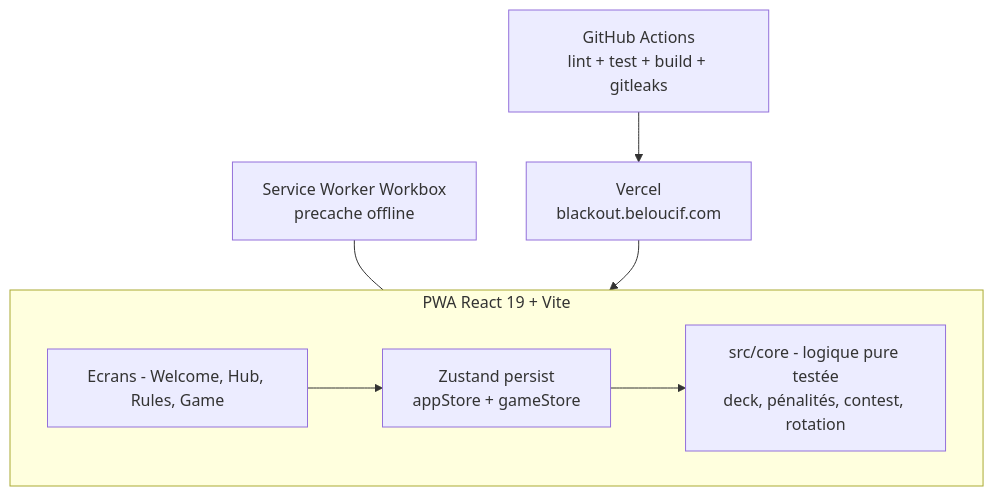
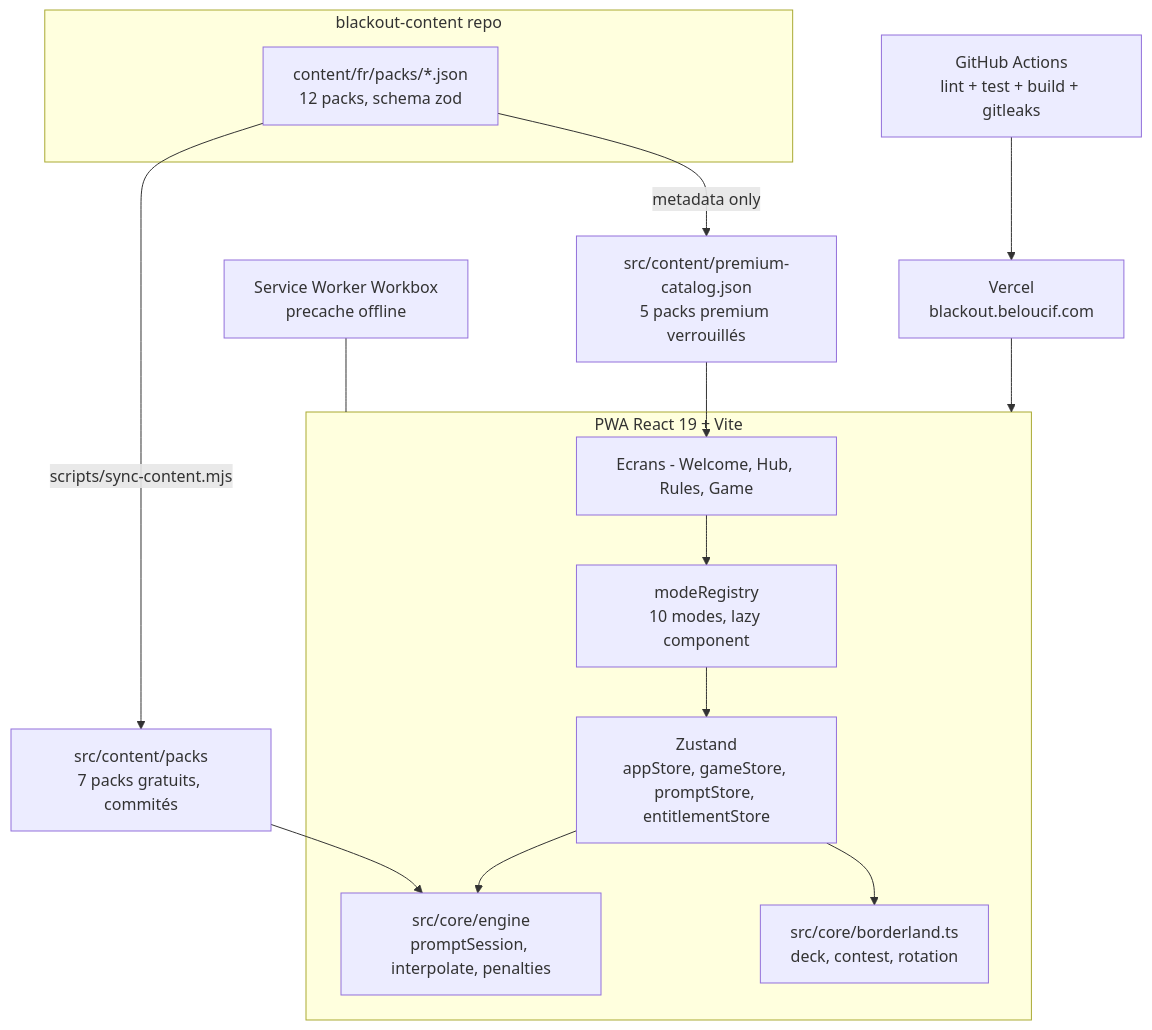
Before and after one commit to Adam-Blf/bacchana: the diagram in README.md, drawn with Mermaid. The commit also changed other lines of this file and 39 other files, not shown here.

First line of the commit message:
feat: multi-mode game engine + 9 new playable modes (#9)

````diff
--- a/README.md
+++ b/README.md
@@ -65,12 +92,25 @@
 ```mermaid
 flowchart TD
+    subgraph Content [blackout-content repo]
+        Packs[content/fr/packs/*.json\n12 packs, schema zod]
+    end
+    Packs -->|scripts/sync-content.mjs| Free[src/content/packs\n7 packs gratuits, commités]
+    Packs -->|metadata only| Catalog[src/content/premium-catalog.json\n5 packs premium verrouillés]
+
     subgraph Client [PWA React 19 + Vite]
         UI[Ecrans - Welcome, Hub, Rules, Game]
-        Core[src/core - logique pure testée\ndeck, pénalités, contest, rotation]
-        Stores[Zustand persist\nappStore + gameStore]
-        UI --> Stores --> Core
+        Registry[modeRegistry\n10 modes, lazy component]
+        Engine[src/core/engine\npromptSession, interpolate, penalties]
+        Core[src/core/borderland.ts\ndeck, contest, rotation]
+        Stores[Zustand\nappStore, gameStore, promptStore, entitlementStore]
+        UI --> Registry --> Stores
+        Stores --> Engine
+        Stores --> Core
     end
+
+    Free --> Engine
+    Catalog --> UI
     SW[Service Worker Workbox\nprecache offline] --- Client
     Vercel[Vercel\nblackout.beloucif.com] --> Client
     CI[GitHub Actions\nlint + test + build + gitleaks] --> Vercel
 ```
````
